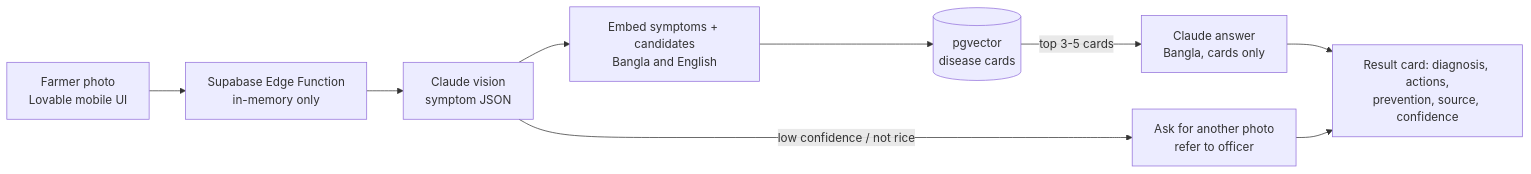
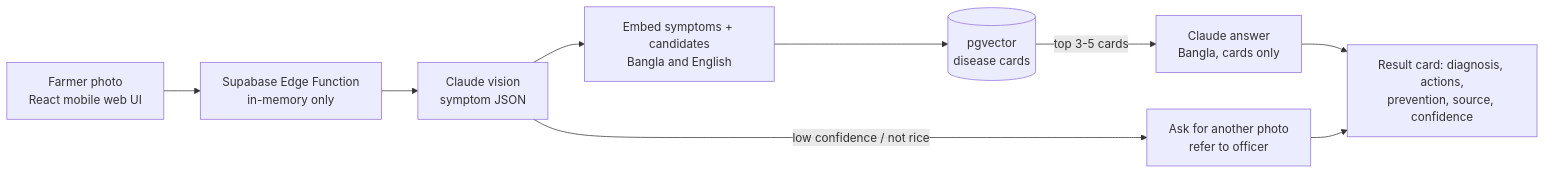
Before and after one commit to mahmudscode/Crop_Guardian: the diagram in docs/ARCHITECTURE.md, drawn with Mermaid. The commit also changed other lines of this file and 15 other files, not shown here.

Commit message:
Build React web app (Vite + Tailwind), remove Lovable dependency

````diff
--- a/docs/ARCHITECTURE.md
+++ b/docs/ARCHITECTURE.md
@@ -5,11 +5,11 @@
 ```mermaid
 flowchart LR
-    F[Farmer photo<br/>Lovable mobile UI] --> E[Supabase Edge Function<br/>in-memory only]
+    F[Farmer photo<br/>React mobile web UI] --> E[Supabase Edge Function<br/>in-memory only]
     E --> V[Claude vision<br/>symptom JSON]
     V --> Q[Embed symptoms + candidates<br/>Bangla and English]
     Q --> P[(pgvector<br/>disease cards)]
     P -->|top 3-5 cards| A[Claude answer<br/>Bangla, cards only]
     V -->|low confidence / not rice| R[Ask for another photo<br/>refer to officer]
     A --> U[Result card: diagnosis, actions,<br/>prevention, source, confidence]
     R --> U
 ```
````
